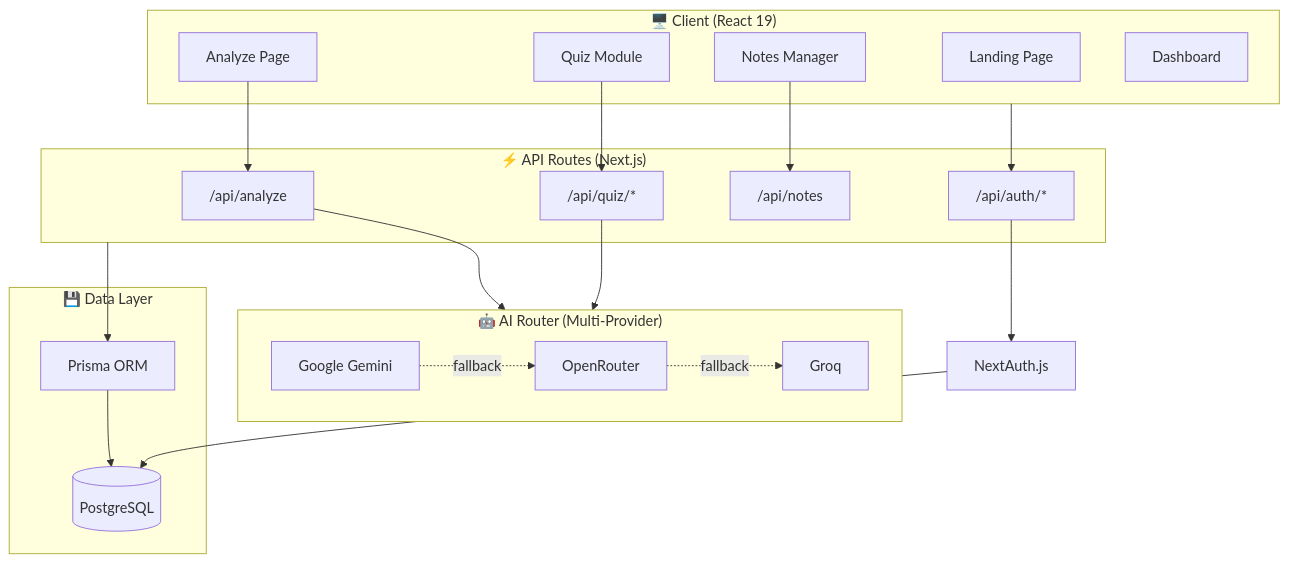
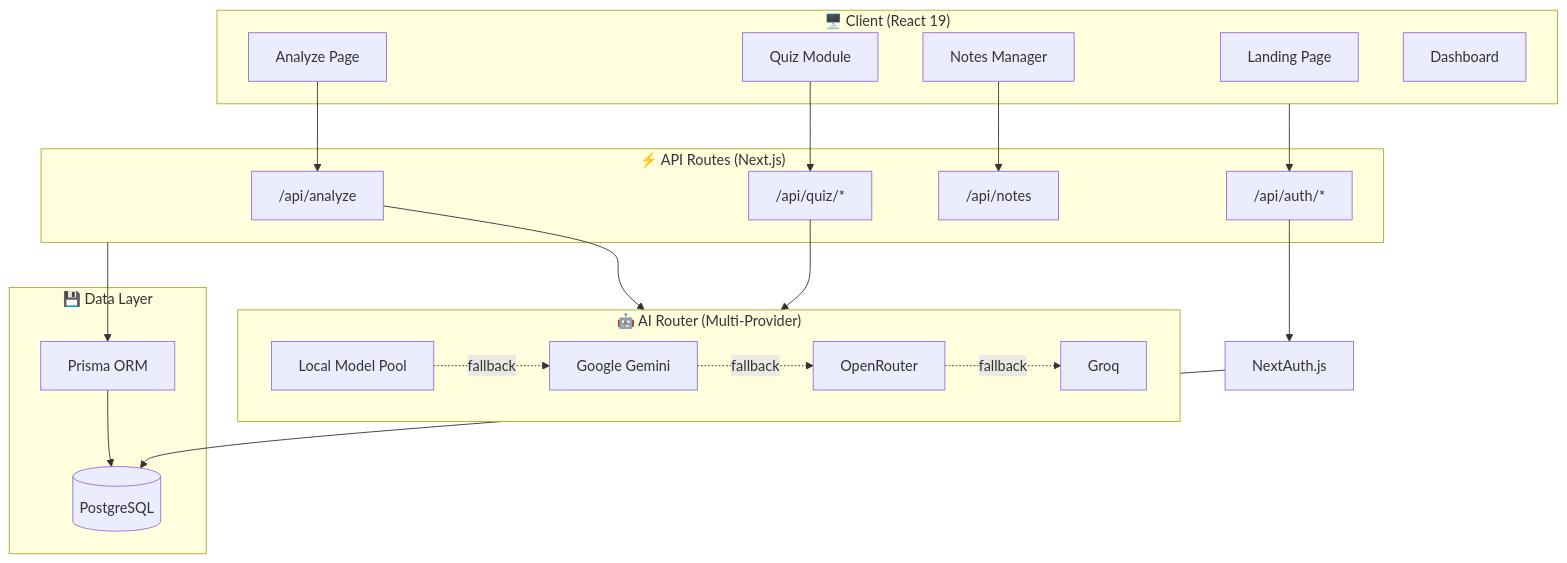
The first of 3 diagrams in README.md (ghufron99119/Qawaid-AI), drawn with Mermaid before and after one commit. The commit also changed other lines of this file and 6 other files, not shown here.

````diff
--- a/README.md
+++ b/README.md
@@ -118,44 +124,46 @@
 ```mermaid
 graph TB
     subgraph Client["🖥️ Client (React 19)"]
         LP[Landing Page]
         AN[Analyze Page]
         QZ[Quiz Module]
         NT[Notes Manager]
         DB[Dashboard]
     end
 
     subgraph API["⚡ API Routes (Next.js)"]
         AA["/api/analyze"]
         AQ["/api/quiz/*"]
         ANT["/api/notes"]
         AUTH["/api/auth/*"]
     end
 
     subgraph AI["🤖 AI Router (Multi-Provider)"]
+        LLM[Local Model Pool]
         GEM[Google Gemini]
         OR[OpenRouter]
         GRQ[Groq]
     end
 
     subgraph Data["💾 Data Layer"]
         PR[Prisma ORM]
         PG[(PostgreSQL)]
     end
 
     AN --> AA
     QZ --> AQ
     NT --> ANT
     Client --> AUTH
 
     AA --> AI
     AQ --> AI
+    LLM -.->|fallback| GEM
     GEM -.->|fallback| OR
     OR -.->|fallback| GRQ
 
     API --> PR
     PR --> PG
 
     AUTH --> NA[NextAuth.js]
     NA --> PG
 ```
````
